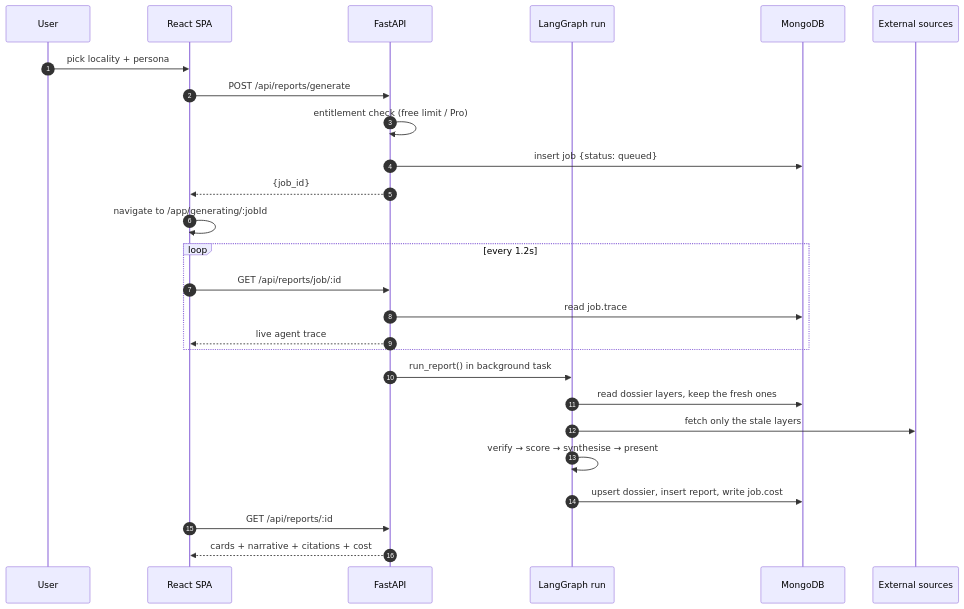
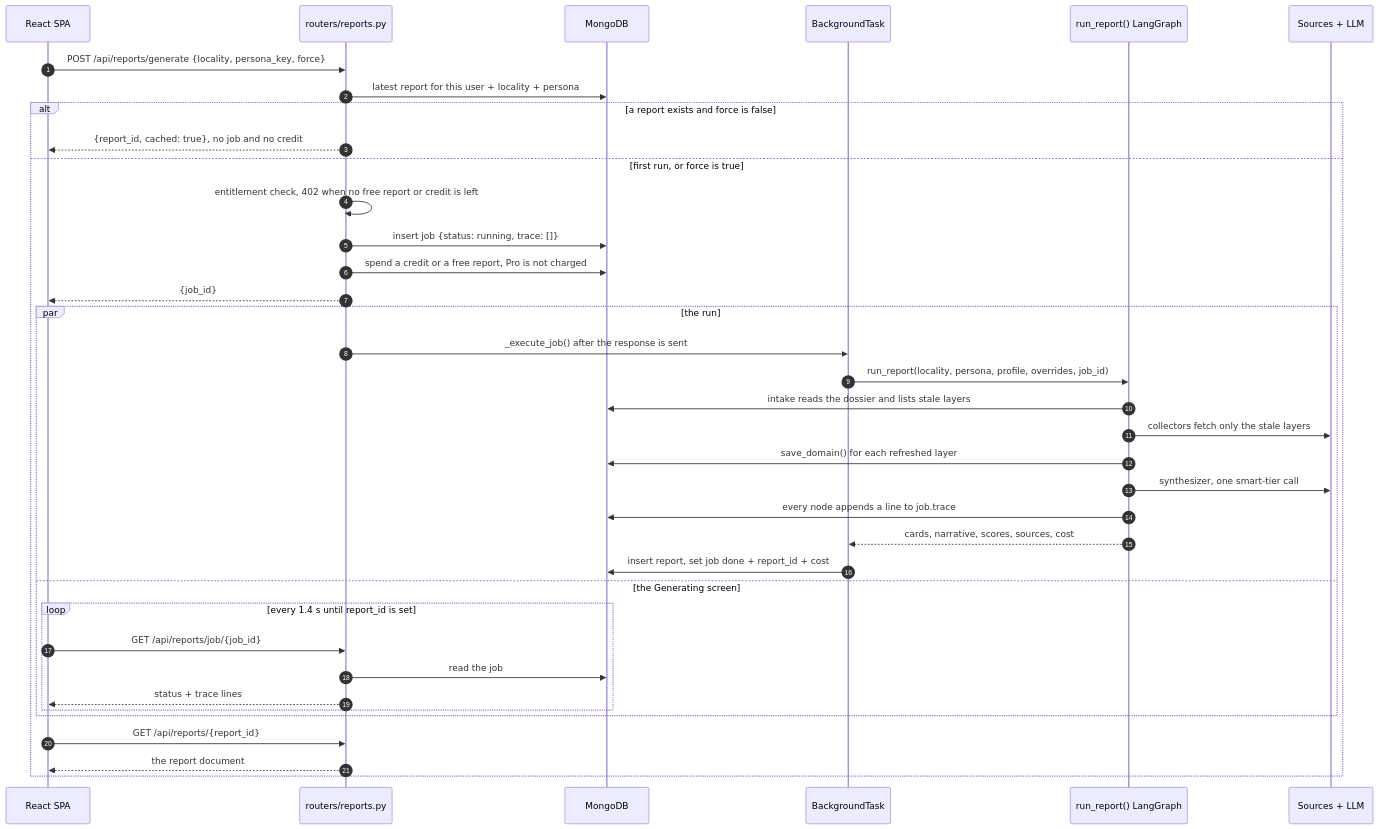
One commit to Pranay0083/LocalIQ changed the second of 3 diagrams in project/docs/01-system-architecture.md. Above: the diagram before and after it, drawn with Mermaid. The commit also changed other lines of this file and 79 other files, not shown here.

First line of the commit message:
Rewrite project docs, diagrams and screenshots against the code

````diff
--- a/project/docs/01-system-architecture.md
+++ b/project/docs/01-system-architecture.md
@@ -79,29 +203,40 @@
 ```mermaid
 sequenceDiagram
     autonumber
-    participant U as User
     participant SPA as React SPA
-    participant API as FastAPI
-    participant G as LangGraph run
+    participant API as routers/reports.py
     participant M as MongoDB
-    participant X as External sources
+    participant BG as BackgroundTask
+    participant G as run_report() LangGraph
+    participant X as Sources + LLM
 
-    U->>SPA: pick locality + persona
-    SPA->>API: POST /api/reports/generate
-    API->>API: entitlement check (free limit / Pro)
-    API->>M: insert job {status: queued}
-    API-->>SPA: {job_id}
-    SPA->>SPA: navigate to /app/generating/:jobId
-    loop every 1.2s
-        SPA->>API: GET /api/reports/job/:id
-        API->>M: read job.trace
-        API-->>SPA: live agent trace
+    SPA->>API: POST /api/reports/generate {locality, persona_key, force}
+    API->>M: latest report for this user + locality + persona
+    alt a report exists and force is false
+        API-->>SPA: {report_id, cached: true}, no job and no credit
+    else first run, or force is true
+        API->>API: entitlement check, 402 when no free report or credit is left
+        API->>M: insert job {status: running, trace: []}
+        API->>M: spend a credit or a free report, Pro is not charged
+        API-->>SPA: {job_id}
+        par the run
+            API->>BG: _execute_job() after the response is sent
+            BG->>G: run_report(locality, persona, profile, overrides, job_id)
+            G->>M: intake reads the dossier and lists stale layers
+            G->>X: collectors fetch only the stale layers
+            G->>M: save_domain() for each refreshed layer
+            G->>X: synthesizer, one smart-tier call
+            G->>M: every node appends a line to job.trace
+            G-->>BG: cards, narrative, scores, sources, cost
+            BG->>M: insert report, set job done + report_id + cost
+        and the Generating screen
+            loop every 1.4 s until report_id is set
+                SPA->>API: GET /api/reports/job/{job_id}
+                API->>M: read the job
+                API-->>SPA: status + trace lines
+            end
+        end
+        SPA->>API: GET /api/reports/{report_id}
+        API-->>SPA: the report document
     end
-    API->>G: run_report() in background task
-    G->>M: read dossier layers, keep the fresh ones
-    G->>X: fetch only the stale layers
-    G->>G: verify → score → synthesise → present
-    G->>M: upsert dossier, insert report, write job.cost
-    SPA->>API: GET /api/reports/:id
-    API-->>SPA: cards + narrative + citations + cost
 ```
````
